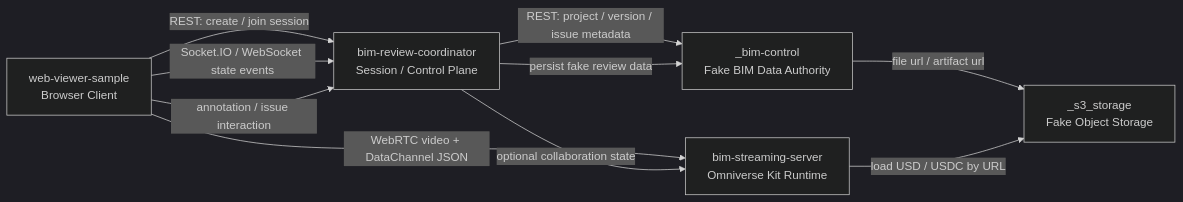
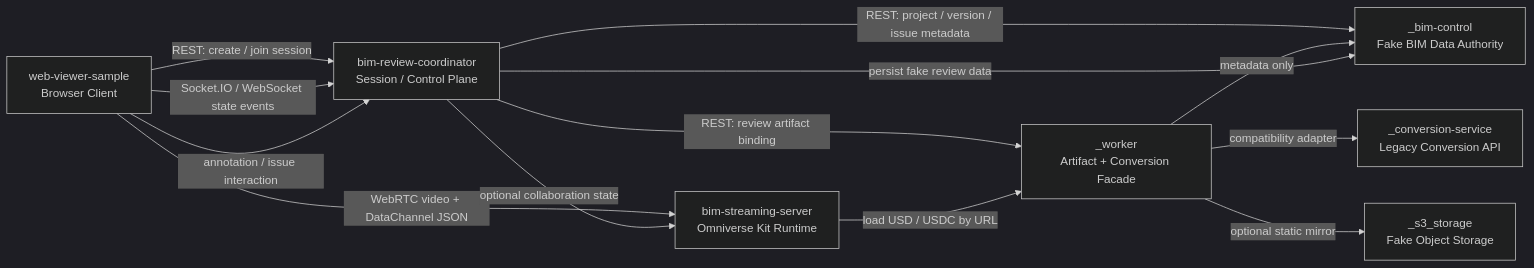
Before and after one commit to monkey1sai/AI-BIM-governance: the first of 6 diagrams in AGENTS.md, drawn with Mermaid (dark theme). The commit also changed other lines of this file and 95 other files, not shown here.

````diff
--- a/AGENTS.md
+++ b/AGENTS.md
@@ -127,18 +149,23 @@
 ```mermaid
 flowchart LR
     BC["_bim-control\nFake BIM Data Authority"]
+    WK["_worker\nArtifact + Conversion Facade"]
     S3["_s3_storage\nFake Object Storage"]
+    CS["_conversion-service\nLegacy Conversion API"]
     CO["bim-review-coordinator\nSession / Control Plane"]
     KIT["bim-streaming-server\nOmniverse Kit Runtime"]
     WV["web-viewer-sample\nBrowser Client"]
 
     WV -->|REST: create / join session| CO
     CO -->|REST: project / version / issue metadata| BC
-    BC -->|file url / artifact url| S3
+    CO -->|REST: review artifact binding| WK
+    WK -->|metadata only| BC
+    WK -->|compatibility adapter| CS
+    WK -->|optional static mirror| S3
     WV -->|WebRTC video + DataChannel JSON| KIT
-    KIT -->|load USD / USDC by URL| S3
+    KIT -->|load USD / USDC by URL| WK
     WV -->|Socket.IO / WebSocket state events| CO
     CO -->|optional collaboration state| KIT
     WV -->|annotation / issue interaction| CO
     CO -->|persist fake review data| BC
 ```
````
